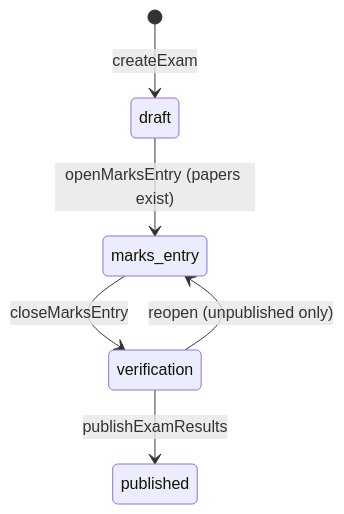
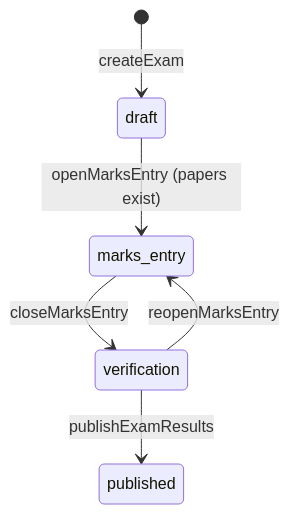
Before and after one commit to safdarjung/DEvin_Cloud_Repo: the third of 5 diagrams in docs/planning/coolskool/06-workflows-and-contracts.md, drawn with Mermaid. The commit also changed other lines of this file and 19 other files, not shown here.

````diff
--- a/docs/planning/coolskool/06-workflows-and-contracts.md
+++ b/docs/planning/coolskool/06-workflows-and-contracts.md
@@ -108,8 +153,8 @@
 ```mermaid
 stateDiagram-v2
   [*] --> draft: createExam
   draft --> marks_entry: openMarksEntry (papers exist)
   marks_entry --> verification: closeMarksEntry
-  verification --> marks_entry: reopen (unpublished only)
+  verification --> marks_entry: reopenMarksEntry
   verification --> published: publishExamResults
 ```
````
